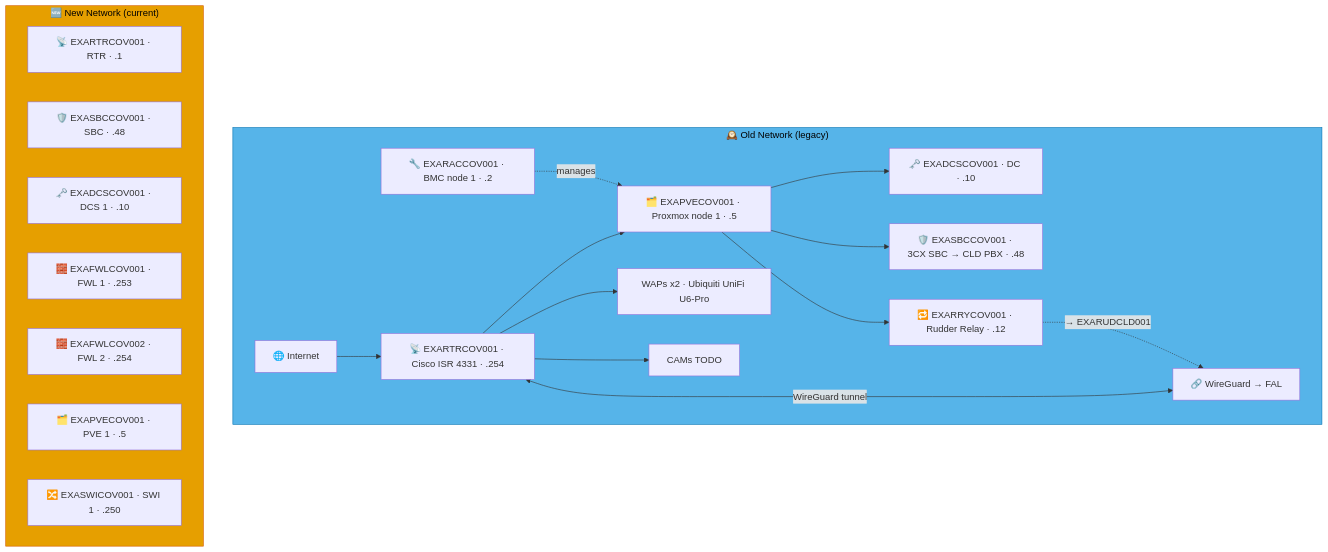
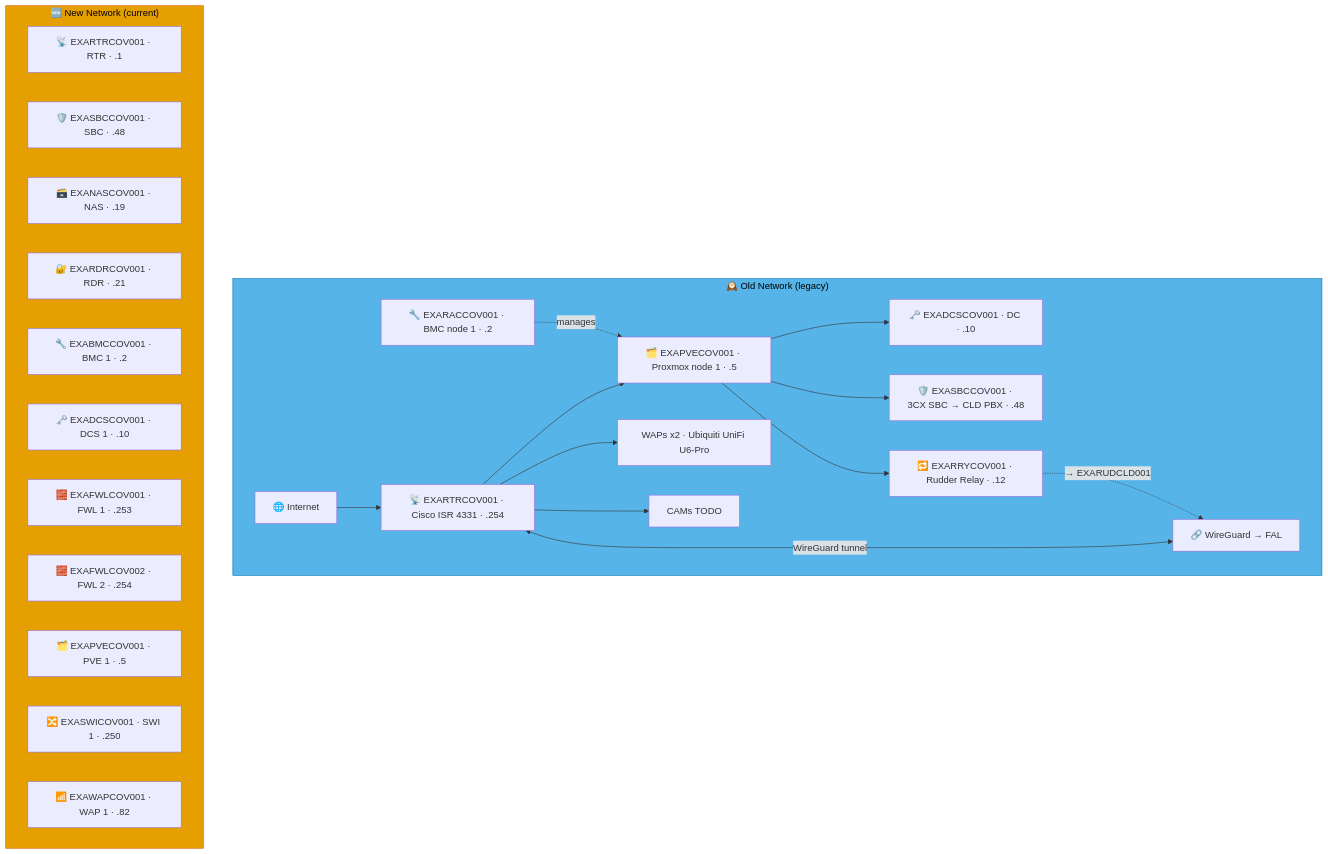
The ninth of 9 diagrams in docs/network-diagram/england.md (knightmare2600/example_music_infra), drawn with Mermaid before and after one commit. The commit also changed other lines of this file and 15 other files, not shown here.

````diff
--- a/docs/network-diagram/england.md
+++ b/docs/network-diagram/england.md
@@ -449,36 +480,40 @@
 ```mermaid
 graph TD
     subgraph OLD_COV ["🕰️ Old Network (legacy)"]
       INET["🌐 Internet"]
       RTR["📡 EXARTRCOV001 · Cisco ISR 4331 · .254"]
       RAC["🔧 EXARACCOV001 · BMC node 1 · .2"]
       PVE["🗂️ EXAPVECOV001 · Proxmox node 1 · .5"]
       DC["🗝️ EXADCSCOV001 · DC · .10"]
       SBC["🛡️ EXASBCCOV001 · 3CX SBC → CLD PBX · .48"]
       RRY["🔁 EXARRYCOV001 · Rudder Relay · .12"]
       WAP["WAPs x2 · Ubiquiti UniFi U6-Pro"]
       CAM["CAMs TODO"]
       VPN["🔗 WireGuard → FAL"]
 
       INET --> RTR --> PVE --> DC & SBC
       RAC -.->|"manages"| PVE
       RTR --> WAP & CAM
       RTR <-->|"WireGuard tunnel"| VPN
 
       PVE --> RRY
       RRY -. "→ EXARUDCLD001" .-> VPN
     end
     style OLD_COV fill:#56B4E9,stroke:#0072B2,color:#000000
     %% GENERATED:NEW-NETWORK:COV:START
     subgraph NEW_COV ["🆕 New Network (current)"]
       N_RTR["📡 EXARTRCOV001 · RTR · .1"]
       N_SBC["🛡️ EXASBCCOV001 · SBC · .48"]
+      N_NAS["🗃️ EXANASCOV001 · NAS · .19"]
+      N_RDR["🔐 EXARDRCOV001 · RDR · .21"]
+      N_BMC["🔧 EXABMCCOV001 · BMC 1 · .2"]
       N_DCS["🗝️ EXADCSCOV001 · DCS 1 · .10"]
       N_FWL["🧱 EXAFWLCOV001 · FWL 1 · .253"]
       N_FWL2["🧱 EXAFWLCOV002 · FWL 2 · .254"]
       N_PVE["🗂️ EXAPVECOV001 · PVE 1 · .5"]
       N_SWI["🔀 EXASWICOV001 · SWI 1 · .250"]
+      N_WAP["📶 EXAWAPCOV001 · WAP 1 · .82"]
     end
     style NEW_COV fill:#E69F00,stroke:#D55E00,color:#000000
     %% GENERATED:NEW-NETWORK:COV:END
 ```
````
